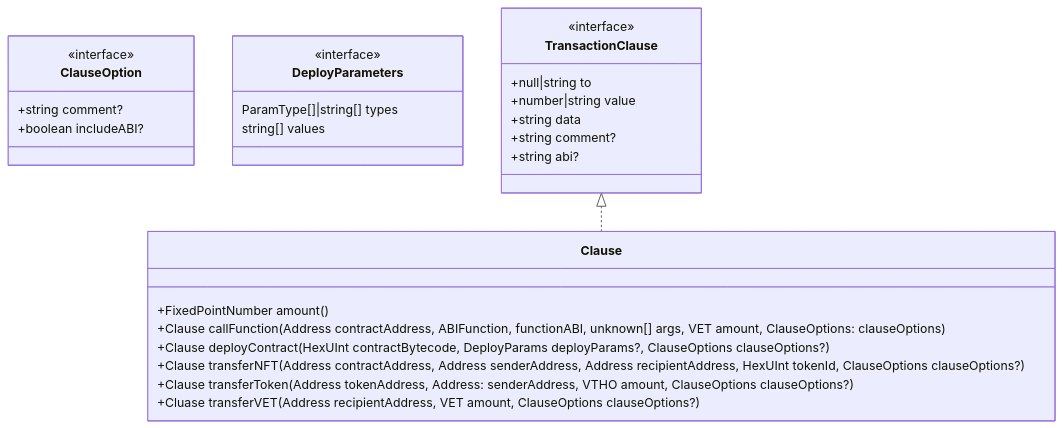
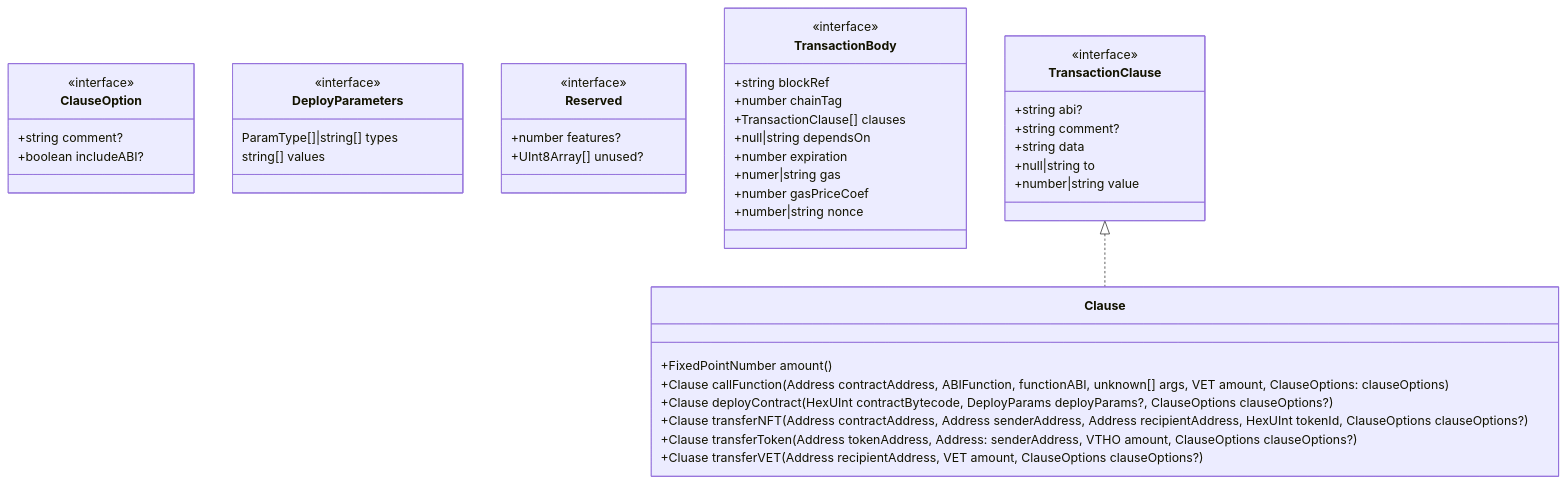
The diagram in docs/diagrams/architecture/transaction.md (vechain/vechain-sdk-js), drawn with Mermaid before and after one commit. The commit also changed 7 other files, not shown here.

````diff
--- a/docs/diagrams/architecture/transaction.md
+++ b/docs/diagrams/architecture/transaction.md
@@ -1,30 +1,46 @@
 ```mermaid
 classDiagram
     class Clause {
         +FixedPointNumber amount()
         +Clause callFunction(Address contractAddress, ABIFunction, functionABI, unknown[] args, VET amount, ClauseOptions: clauseOptions)
         +Clause deployContract(HexUInt contractBytecode, DeployParams deployParams?, ClauseOptions clauseOptions?)
         +Clause transferNFT(Address contractAddress, Address senderAddress, Address recipientAddress, HexUInt tokenId, ClauseOptions clauseOptions?)
         +Clause transferToken(Address tokenAddress, Address: senderAddress, VTHO amount, ClauseOptions clauseOptions?)
         +Cluase transferVET(Address recipientAddress, VET amount, ClauseOptions clauseOptions?)
     }
     class ClauseOption{
         <<interface>>
         +string comment?
         +boolean includeABI?
     }
     class DeployParameters {
         <<interface>>
         ParamType[]|string[] types
         string[] values
     }
+    class Reserved {
+        <<interface>>
+        +number features?
+        +UInt8Array[] unused?
+    }
+    class TransactionBody {
+        <<interface>>
+        +string blockRef
+        +number chainTag
+        +TransactionClause[] clauses
+        +null|string dependsOn
+        +number expiration
+        +numer|string gas
+        +number gasPriceCoef
+        +number|string nonce
+    }
     class TransactionClause {
         <<interface>>
+        +string abi?
+        +string comment?
+        +string data
         +null|string to
         +number|string value
-        +string data
-        +string comment?
-        +string abi?
     }
     TransactionClause <|.. Clause
 ```
````
